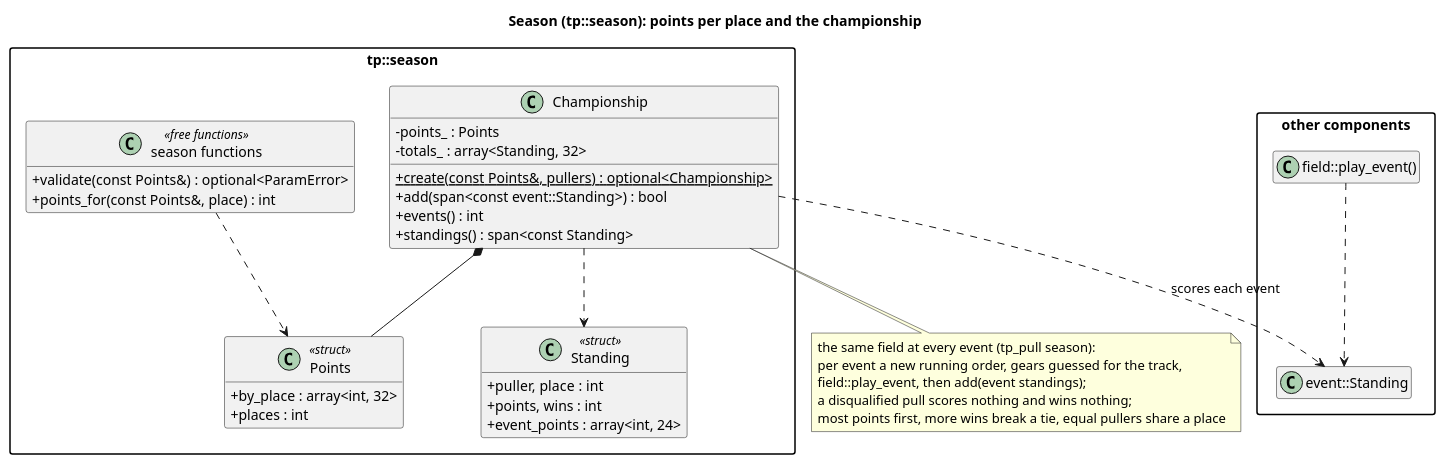
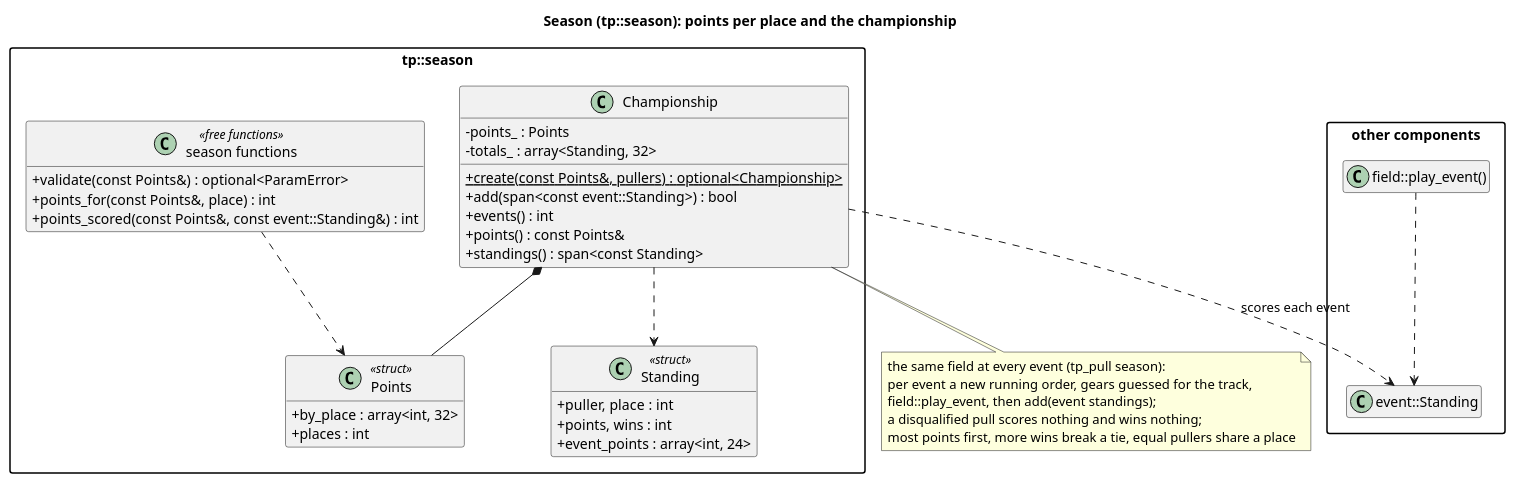
Before and after one commit to wversteeg/TractorPulling: the diagram in docs/diagrams/season_classes.puml, drawn with PlantUML. The commit also changed 18 other files, not shown here.

First line of the commit message:
Points on the event's results, and the first two of a season move up

```diff
--- a/docs/diagrams/season_classes.puml
+++ b/docs/diagrams/season_classes.puml
@@ -1,47 +1,49 @@
 @startuml season_classes
 title Season (tp::season): points per place and the championship
 hide empty members
 skinparam packageStyle rectangle
 skinparam classAttributeIconSize 0
 
 package "other components" {
   class "event::Standing" as EventStanding
   class "field::play_event()" as Play
 }
 
 package "tp::season" {
   class Points <<struct>> {
     +by_place : array<int, 32>
     +places : int
   }
   class Standing <<struct>> {
     +puller, place : int
     +points, wins : int
     +event_points : array<int, 24>
   }
   class Championship {
     -points_ : Points
     -totals_ : array<Standing, 32>
     +{static} create(const Points&, pullers) : optional<Championship>
     +add(span<const event::Standing>) : bool
     +events() : int
+    +points() : const Points&
     +standings() : span<const Standing>
   }
   class "season functions" as SeasonFns <<free functions>> {
     +validate(const Points&) : optional<ParamError>
     +points_for(const Points&, place) : int
+    +points_scored(const Points&, const event::Standing&) : int
   }
   Championship *-- Points
   Championship ..> Standing
   SeasonFns ..> Points
 }
 Championship ..> EventStanding : scores each event
 note bottom of Championship
   the same field at every event (tp_pull season):
   per event a new running order, gears guessed for the track,
   field::play_event, then add(event standings);
   a disqualified pull scores nothing and wins nothing;
   most points first, more wins break a tie, equal pullers share a place
 end note
 Play ..> EventStanding
 @enduml
```
